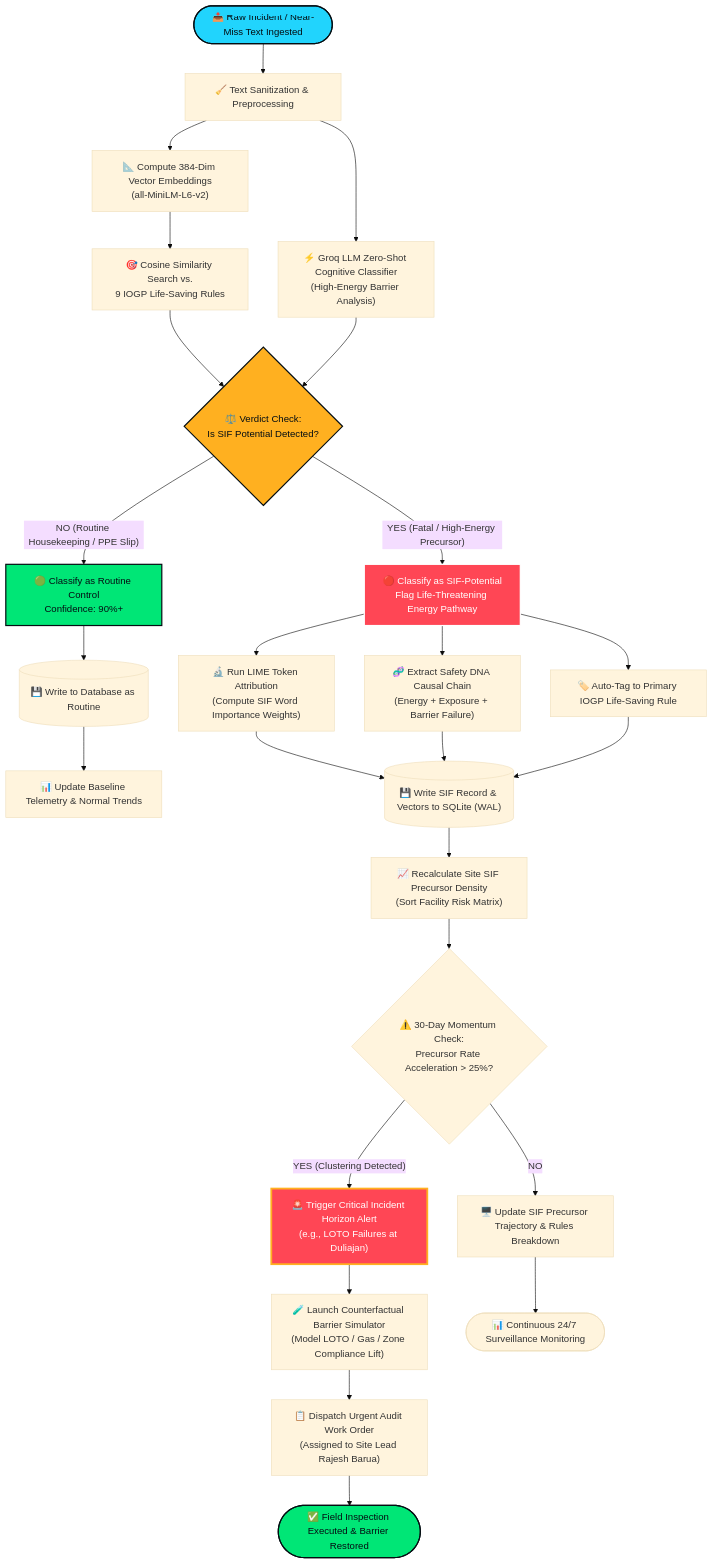
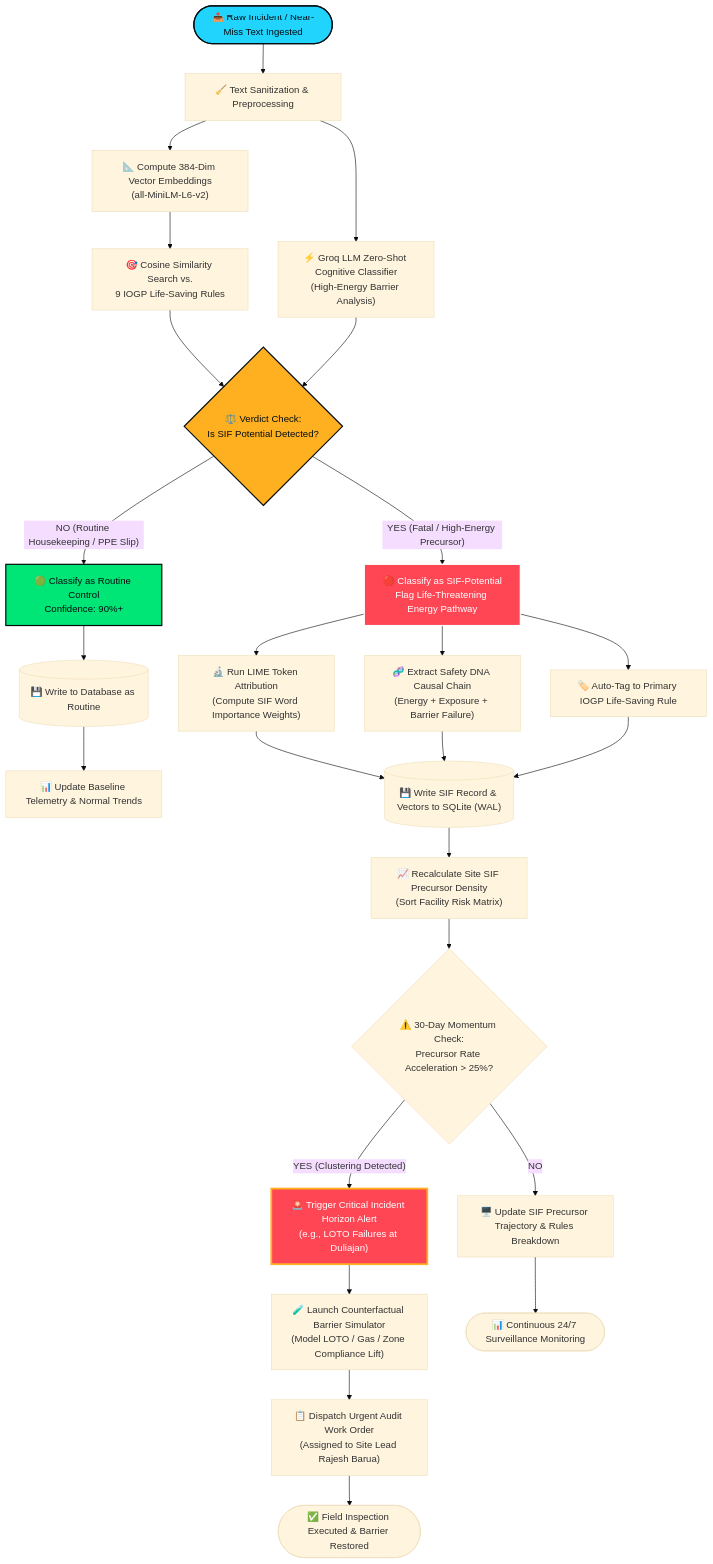
One commit to dharani25007-code/SENTINEL-X changed the second of 2 diagrams in README.md. Above: the diagram before and after it, drawn with Mermaid (base theme). The commit also changed other lines of this file, not shown here.

````diff
--- a/README.md
+++ b/README.md
@@ -612,44 +613,43 @@
 ```mermaid
 flowchart TD
     Start(["📥 Raw Incident / Near-Miss Text Ingested"]) --> Tokenize["🧹 Text Sanitization & Preprocessing"]
     
     Tokenize --> VectorEmbed["📐 Compute 384-Dim Vector Embeddings<br/>(all-MiniLM-L6-v2)"]
     VectorEmbed --> CosineMatch["🎯 Cosine Similarity Search vs.<br/>9 IOGP Life-Saving Rules"]
     
     Tokenize --> GroqInference["⚡ Groq LLM Zero-Shot Cognitive Classifier<br/>(High-Energy Barrier Analysis)"]
     
     CosineMatch & GroqInference --> EvaluateSIF{"⚖️ Verdict Check:<br/>Is SIF Potential Detected?"}
     
     %% ROUTINE PATH
     EvaluateSIF -- "NO (Routine Housekeeping / PPE Slip)" --> RoutinePath["🟢 Classify as Routine Control<br/>Confidence: 90%+"]
     RoutinePath --> DB_Routine[("💾 Write to Database as Routine")]
     DB_Routine --> UpdateBaseline["📊 Update Baseline Telemetry & Normal Trends"]
     
     %% SIF PATH
     EvaluateSIF -- "YES (Fatal / High-Energy Precursor)" --> SIFPath["🔴 Classify as SIF-Potential<br/>Flag Life-Threatening Energy Pathway"]
     
     SIFPath --> XAI["🔬 Run LIME Token Attribution<br/>(Compute SIF Word Importance Weights)"]
     SIFPath --> DNAExtract["🧬 Extract Safety DNA Causal Chain<br/>(Energy + Exposure + Barrier Failure)"]
     SIFPath --> TagRule["🏷️ Auto-Tag to Primary IOGP Life-Saving Rule"]
     
     XAI & DNAExtract & TagRule --> DB_SIF[("💾 Write SIF Record & Vectors to SQLite (WAL)")]
     
     DB_SIF --> RecalcDensity["📈 Recalculate Site SIF Precursor Density<br/>(Sort Facility Risk Matrix)"]
     RecalcDensity --> CheckMomentum{"⚠️ 30-Day Momentum Check:<br/>Precursor Rate Acceleration > 25%?"}
     
     CheckMomentum -- "YES (Clustering Detected)" --> TriggerAlert["🚨 Trigger Critical Incident Horizon Alert<br/>(e.g., LOTO Failures at Duliajan)"]
     CheckMomentum -- "NO" --> StandardDashboard["🖥️ Update SIF Precursor Trajectory & Rules Breakdown"]
     
     TriggerAlert --> SimulateIntervention["🧪 Launch Counterfactual Barrier Simulator<br/>(Model LOTO / Gas / Zone Compliance Lift)"]
     SimulateIntervention --> DispatchWorkOrder["📋 Dispatch Urgent Audit Work Order<br/>(Assigned to Site Lead Rajesh Barua)"]
     
     DispatchWorkOrder --> CloseLoop(["✅ Field Inspection Executed & Barrier Restored"])
     StandardDashboard --> EndState(["📊 Continuous 24/7 Surveillance Monitoring"])
 
     style Start fill:#21D4FD,stroke:#040D12,stroke-width:2px,color:#040D12
     style EvaluateSIF fill:#FFB020,stroke:#040D12,stroke-width:2px,color:#040D12
     style SIFPath fill:#FF4655,stroke:#FFFFFF,stroke-width:2px,color:#FFFFFF
     style RoutinePath fill:#00E676,stroke:#040D12,stroke-width:2px,color:#040D12
     style TriggerAlert fill:#FF4655,stroke:#FFB020,stroke-width:3px,color:#FFFFFF
-    style CloseLoop fill:#00E676,stroke:#040D12,stroke-width:2px,color:#040D12
 ```
````
